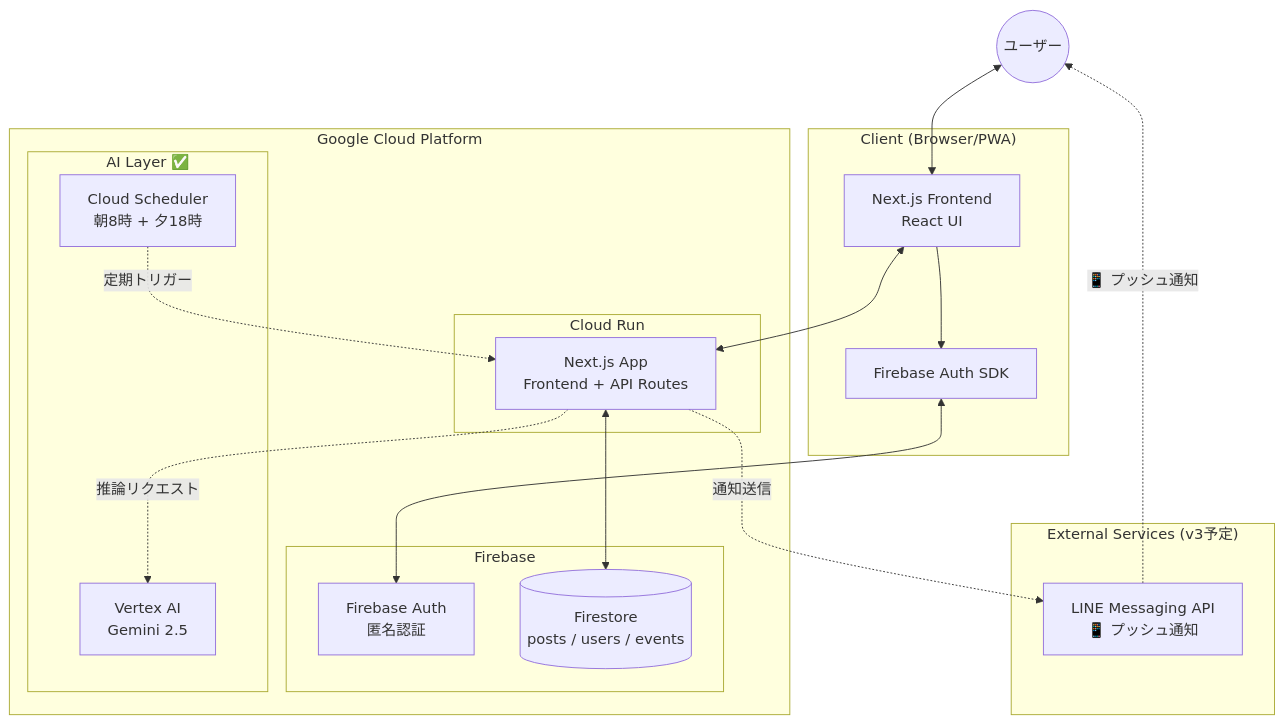
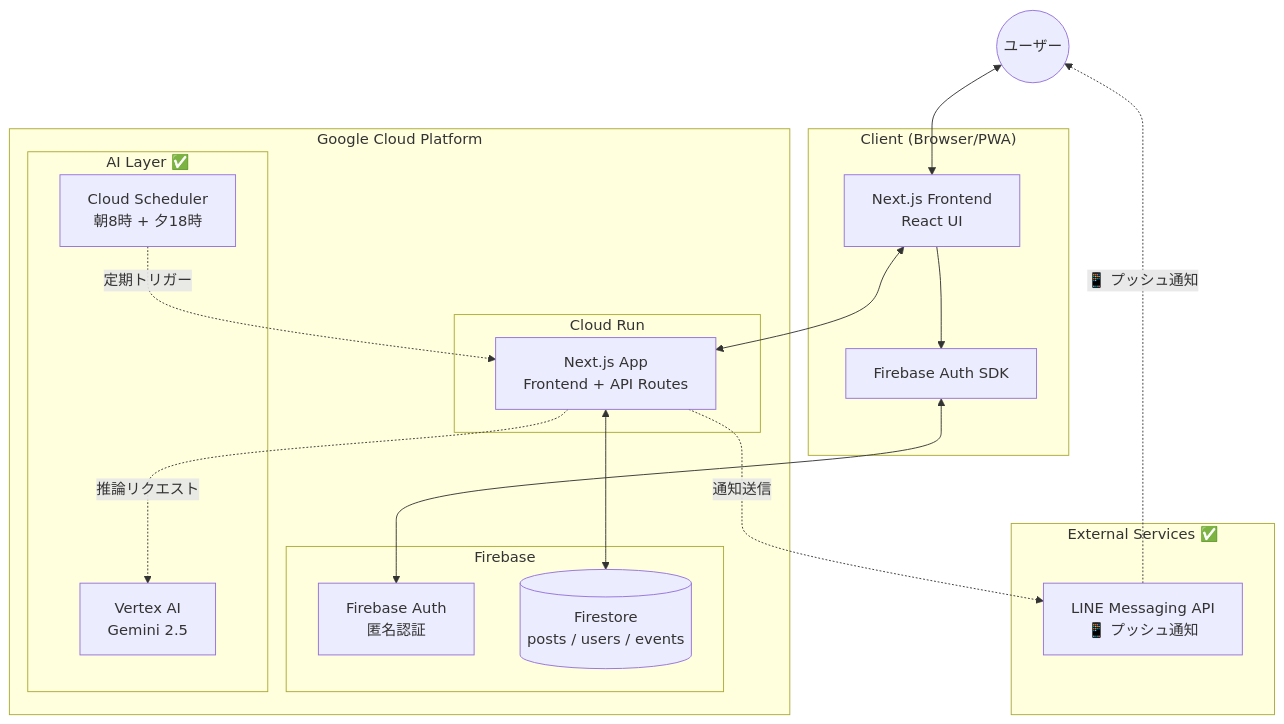
The first of 5 diagrams in README.md (nekoai-lab/tsugi-no-tokimeki), drawn with Mermaid before and after one commit. The commit also changed other lines of this file and 2 other files, not shown here.

````diff
--- a/README.md
+++ b/README.md
@@ -43,39 +45,39 @@
 ```mermaid
 graph TD
     User((ユーザー))
     
     subgraph "Client (Browser/PWA)"
         UI[Next.js Frontend<br/>React UI]
         AuthSDK[Firebase Auth SDK]
     end
     
     subgraph "Google Cloud Platform"
         subgraph "Cloud Run"
             API[Next.js App<br/>Frontend + API Routes]
         end
         
         subgraph "Firebase"
             Auth[Firebase Auth<br/>匿名認証]
             Firestore[(Firestore<br/>posts / users / events)]
         end
         
         subgraph "AI Layer ✅"
             VertexAI[Vertex AI<br/>Gemini 2.5]
             Scheduler[Cloud Scheduler<br/>朝8時 + 夕18時]
         end
     end
     
-    subgraph "External Services (v3予定)"
+    subgraph "External Services ✅"
         LINE[LINE Messaging API<br/>📱 プッシュ通知]
     end
     
     User <--> UI
     UI --> AuthSDK
     AuthSDK <--> Auth
     UI <--> API
     API <--> Firestore
     Scheduler -.->|"定期トリガー"| API
     API -.->|"推論リクエスト"| VertexAI
     API -.->|"通知送信"| LINE
     LINE -.->|"📱 プッシュ通知"| User
 ```
````
